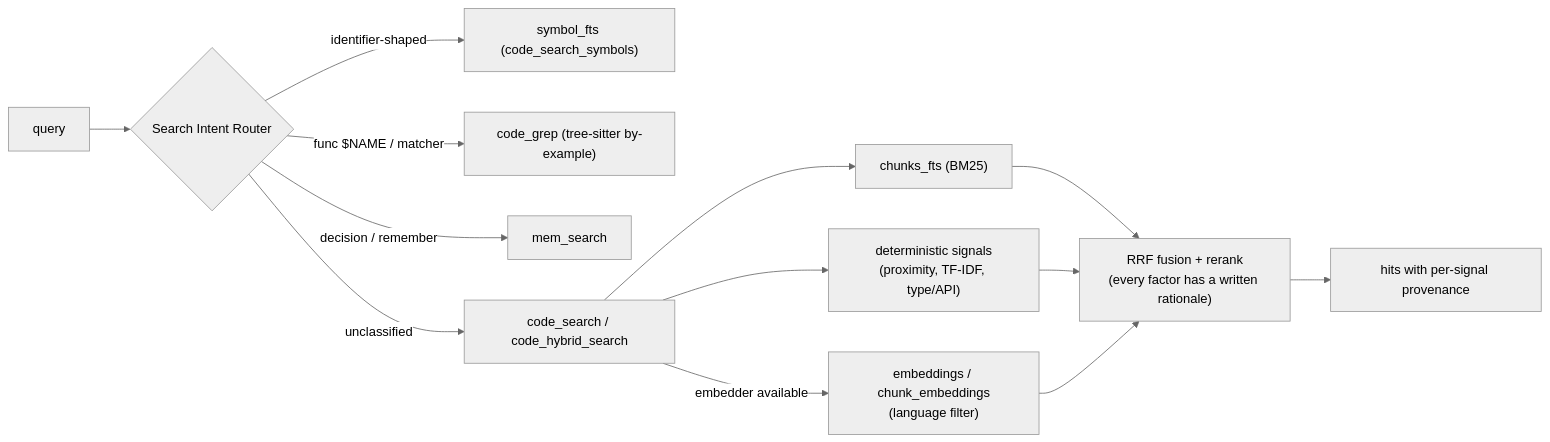
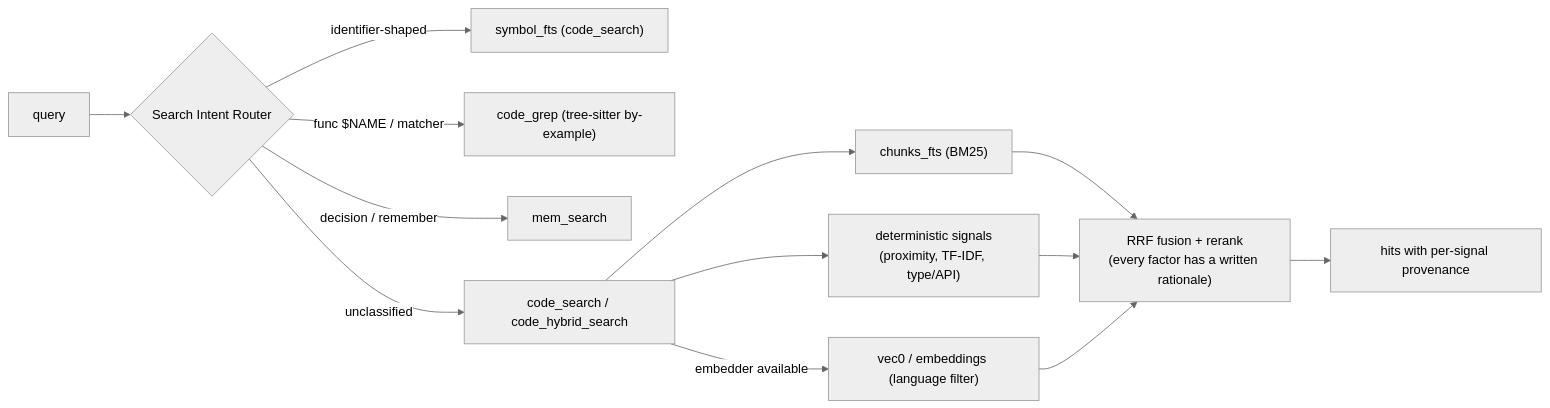
Before and after one commit to devopstales/skillgrid: the fourth of 8 diagrams in docs/user-guide/05-memory-and-indexing.md, drawn with Mermaid (neutral theme). The commit also changed other lines of this file and 15 other files, not shown here.

````diff
--- a/docs/user-guide/05-memory-and-indexing.md
+++ b/docs/user-guide/05-memory-and-indexing.md
@@ -318,16 +381,16 @@
 ```mermaid
 flowchart LR
   Q["query"] --> RT{"Search Intent Router"}
-  RT -->|identifier-shaped| SYM["symbol_fts (code_search_symbols)"]
+  RT -->|identifier-shaped| SYM["symbol_fts (code_search)"]
   RT -->|func $NAME / matcher| GRP["code_grep (tree-sitter by-example)"]
   RT -->|decision / remember| MEM["mem_search"]
   RT -->|unclassified| CODE["code_search / code_hybrid_search"]
 
   CODE --> FTS["chunks_fts (BM25)"]
   CODE --> SIG["deterministic signals<br/>(proximity, TF-IDF, type/API)"]
-  CODE -->|embedder available| SEM["embeddings / chunk_embeddings<br/>(language filter)"]
+  CODE -->|embedder available| SEM["vec0 / embeddings (language filter)"]
   FTS --> RRF["RRF fusion + rerank<br/>(every factor has a written rationale)"]
   SIG --> RRF
   SEM --> RRF
   RRF --> HITS["hits with per-signal provenance"]
 ```
````
